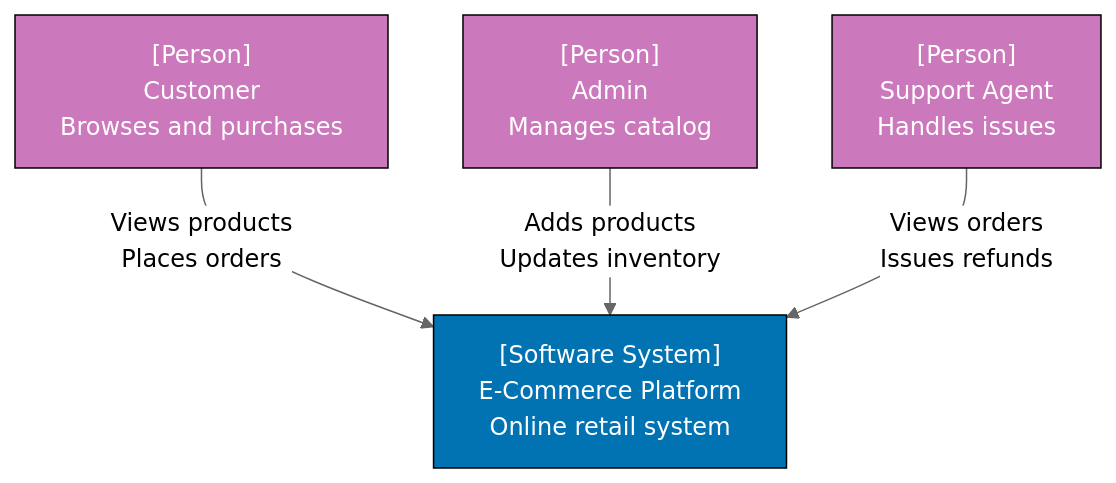
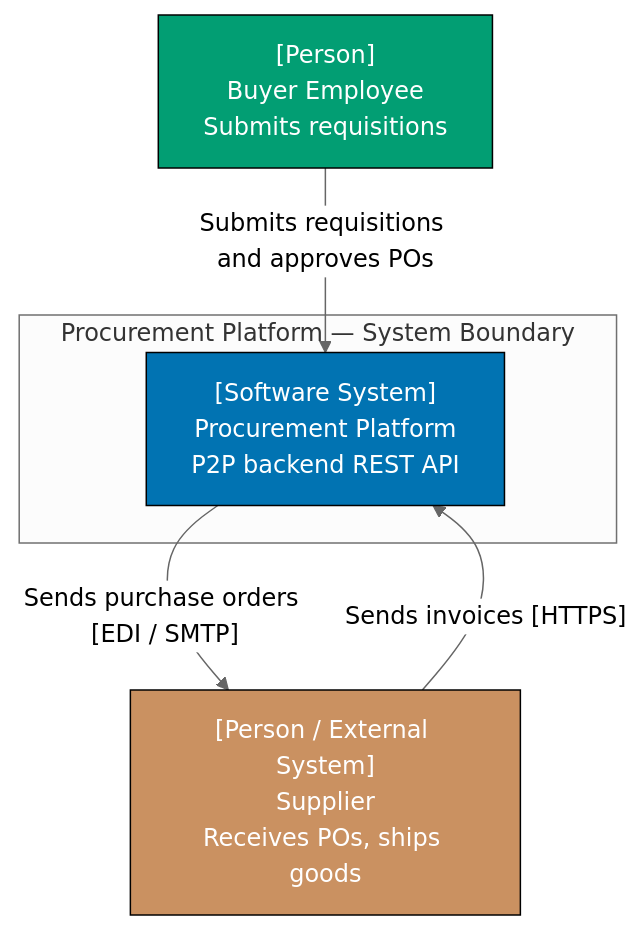
The fourth of 30 diagrams in apps/ayokoding-web/content/en/learn/software-engineering/architecture/c4-architecture-model/by-example/beginner.md (wahidyankf/open-sharia-enterprise), drawn with Mermaid (neutral theme) before and after one commit. The commit also changed other lines of this file and 38 other files, not shown here.

First line of the commit message:
docs(ayokoding-web): unify architecture tutorials on shared P2P domain

````diff
--- a/apps/ayokoding-web/content/en/learn/software-engineering/architecture/c4-architecture-model/by-example/beginner.md
+++ b/apps/ayokoding-web/content/en/learn/software-engineering/architecture/c4-architecture-model/by-example/beginner.md
@@ -121,17 +119,17 @@
 ```mermaid
 graph TD
-    Customer["[Person]<br/>Customer<br/>Browses and purchases"]
-    Admin["[Person]<br/>Admin<br/>Manages catalog"]
-    Support["[Person]<br/>Support Agent<br/>Handles issues"]
+    subgraph Boundary["Procurement Platform — System Boundary"]
+        Platform["[Software System]<br/>Procurement Platform<br/>P2P backend REST API"]
+    end
 
-    ECommerce["[Software System]<br/>E-Commerce Platform<br/>Online retail system"]
+    Buyer["[Person]<br/>Buyer Employee<br/>Submits requisitions"]
+    Supplier["[Person / External System]<br/>Supplier<br/>Receives POs, ships goods"]
 
-    Customer -->|"Views products<br/>Places orders"| ECommerce
-    Admin -->|"Adds products<br/>Updates inventory"| ECommerce
-    Support -->|"Views orders<br/>Issues refunds"| ECommerce
+    Buyer -->|"Submits requisitions and approves POs"| Platform
+    Platform -->|"Sends purchase orders [EDI / SMTP]"| Supplier
+    Supplier -->|"Sends invoices [HTTPS]"| Platform
 
-    style Customer fill:#CC78BC,stroke:#000,color:#fff
-    style Admin fill:#CC78BC,stroke:#000,color:#fff
-    style Support fill:#CC78BC,stroke:#000,color:#fff
-    style ECommerce fill:#0173B2,stroke:#000,color:#fff
+    style Platform fill:#0173B2,stroke:#000,color:#fff
+    style Buyer fill:#029E73,stroke:#000,color:#fff
+    style Supplier fill:#CA9161,stroke:#000,color:#fff
 ```
````
